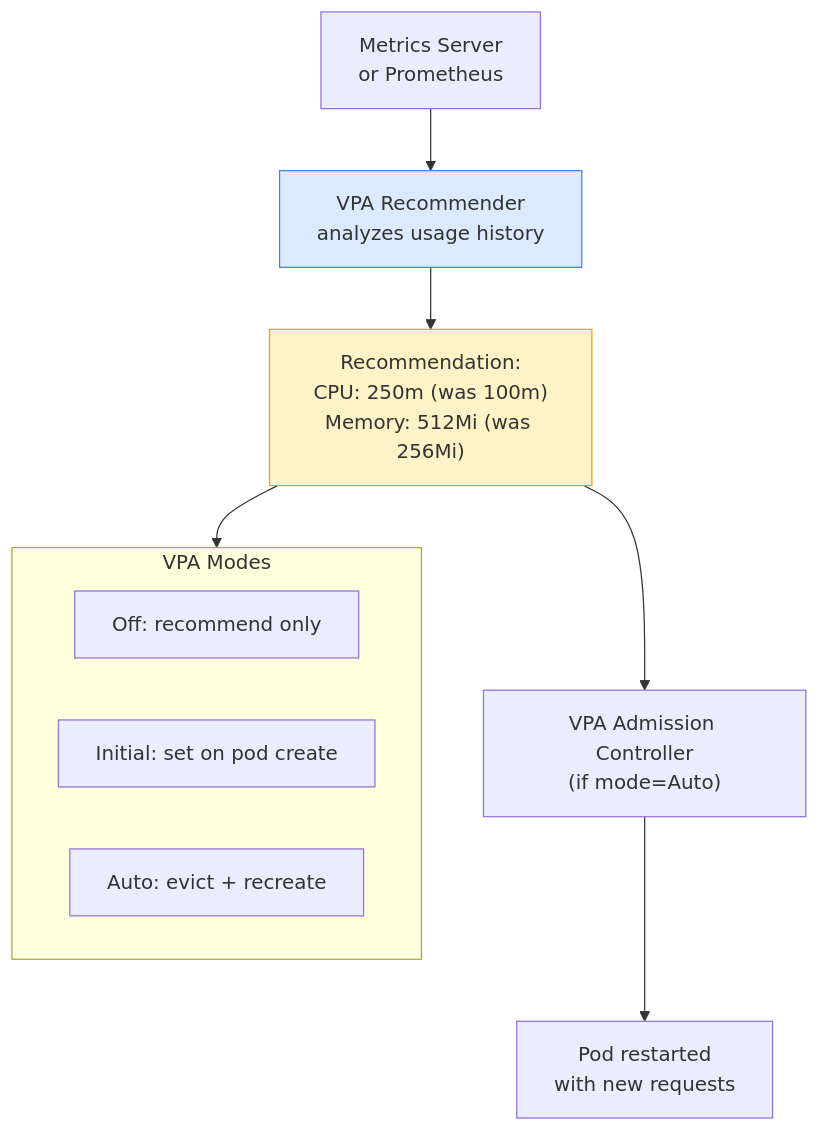
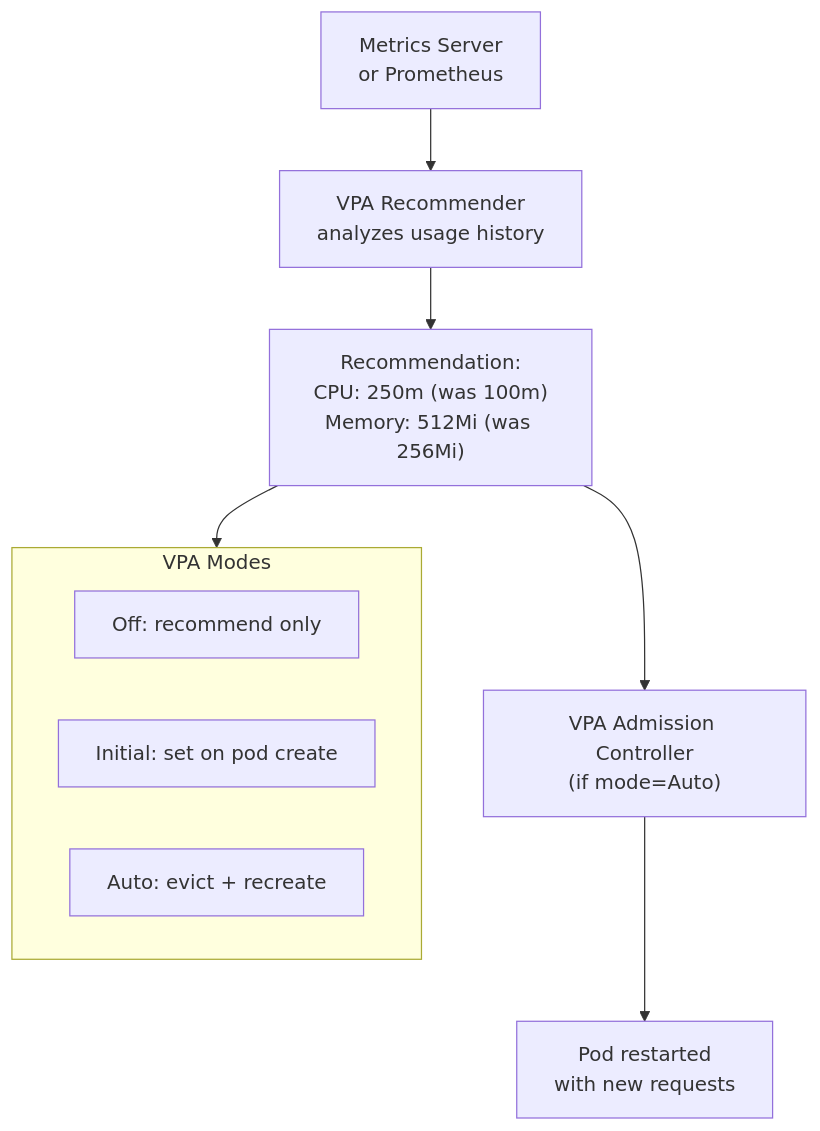
One commit to Gautam4424/k8slearn-content changed the second of 3 diagrams in content/cka/06-workload-autoscaling-hpa-vpa-cluster-autoscaler/overview/overview.md. Above: the diagram before and after it, drawn with Mermaid. The commit also changed other lines of this file and 40 other files, not shown here.

Commit message:
chore: fix mermaid style regex

````diff
--- a/content/cka/06-workload-autoscaling-hpa-vpa-cluster-autoscaler/overview/overview.md
+++ b/content/cka/06-workload-autoscaling-hpa-vpa-cluster-autoscaler/overview/overview.md
@@ -127,19 +124,16 @@
 ```mermaid
 flowchart TD
     PROM["Metrics Server\nor Prometheus"]
     VPA["VPA Recommender\nanalyzes usage history"]
     REC["Recommendation:\nCPU: 250m (was 100m)\nMemory: 512Mi (was 256Mi)"]
     ADM["VPA Admission Controller\n(if mode=Auto)"]
     POD["Pod restarted\nwith new requests"]
     subgraph MODES["VPA Modes"]
         OFF["Off: recommend only"]
         INITIAL["Initial: set on pod create"]
         AUTO["Auto: evict + recreate"]
     end
 
     PROM --> VPA --> REC --> ADM --> POD
     REC --> MODES
-
-    style VPA fill:#dbeafe,stroke:#3b82f6
-    style REC fill:#fef3c7,stroke:#f59e0b
 ```
````
